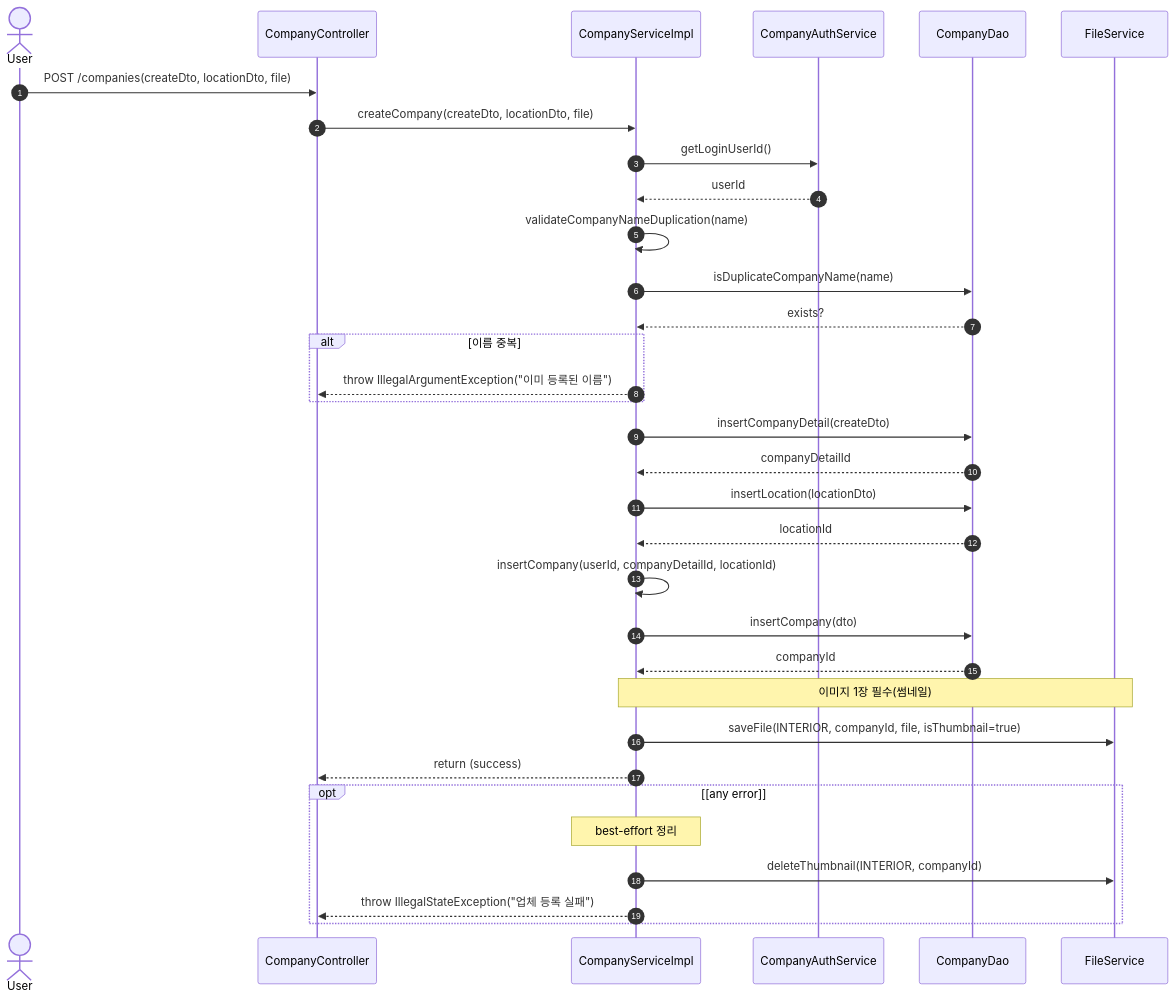
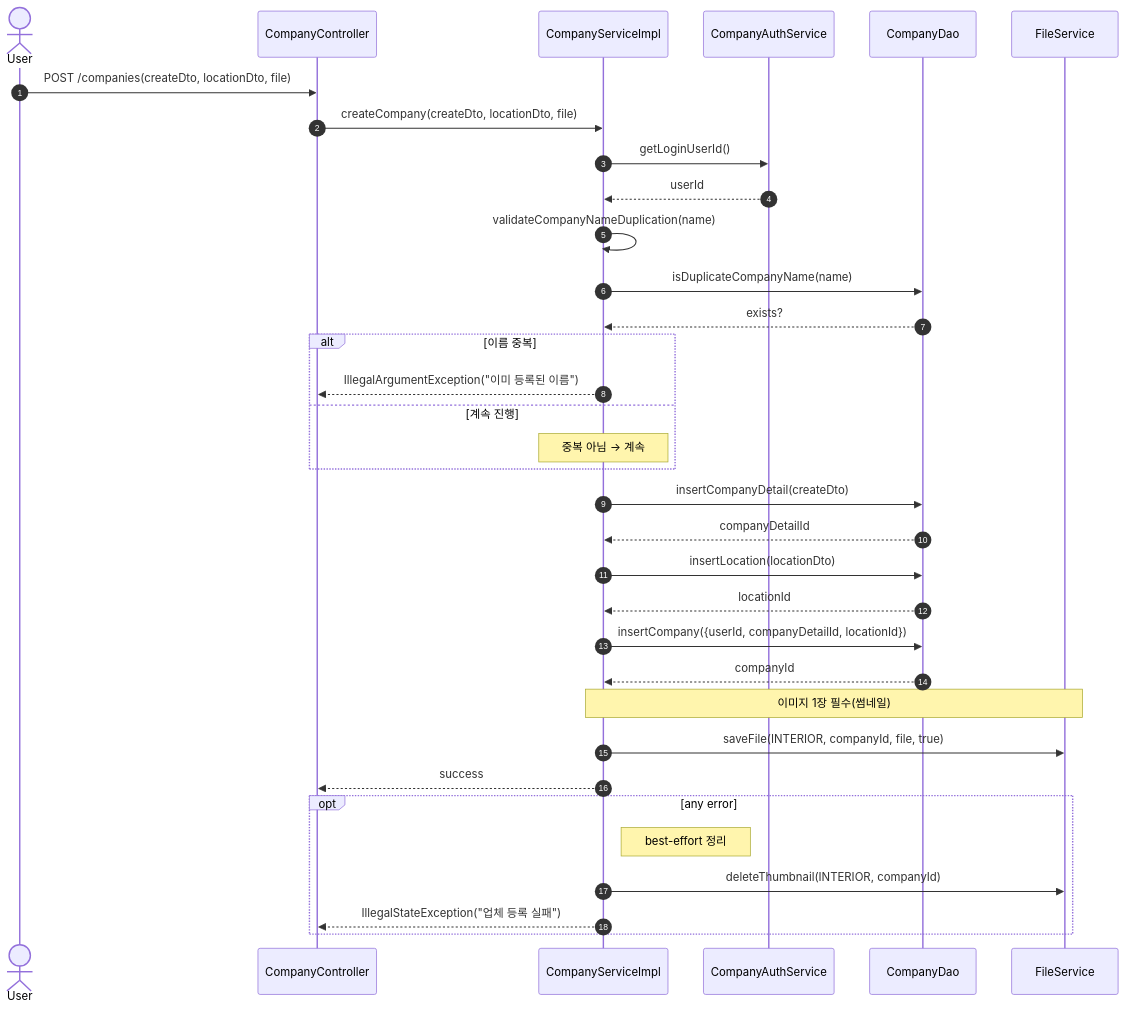
One commit to Shrimptempura/goottama changed the third of 4 diagrams in README.md. Above: the diagram before and after it, drawn with Mermaid. The commit also changed other lines of this file, not shown here.

````diff
--- a/README.md
+++ b/README.md
@@ -160,44 +169,43 @@
 ```mermaid
 sequenceDiagram
 autonumber
 actor User
 participant Ctrl as CompanyController
 participant S as CompanyServiceImpl
 participant Auth as CompanyAuthService
 participant DAO as CompanyDao
 participant FS as FileService
 
 User->>Ctrl: POST /companies(createDto, locationDto, file)
 Ctrl->>S: createCompany(createDto, locationDto, file)
 
 S->>Auth: getLoginUserId()
 Auth-->>S: userId
 
 S->>S: validateCompanyNameDuplication(name)
 S->>DAO: isDuplicateCompanyName(name)
 DAO-->>S: exists?
 alt 이름 중복
-  S-->>Ctrl: throw IllegalArgumentException("이미 등록된 이름")
+  S-->>Ctrl: IllegalArgumentException("이미 등록된 이름")
+else 계속 진행
+  Note over S: 중복 아님 → 계속
 end
 
 S->>DAO: insertCompanyDetail(createDto)
 DAO-->>S: companyDetailId
 S->>DAO: insertLocation(locationDto)
 DAO-->>S: locationId
-
-S->>S: insertCompany(userId, companyDetailId, locationId)
-S->>DAO: insertCompany(dto)
+S->>DAO: insertCompany({userId, companyDetailId, locationId})
 DAO-->>S: companyId
 
 note over S,FS: 이미지 1장 필수(썸네일)
-S->>FS: saveFile(INTERIOR, companyId, file, isThumbnail=true)
+S->>FS: saveFile(INTERIOR, companyId, file, true)
 
-S-->>Ctrl: return (success)
+S-->>Ctrl: success
 
-opt [any error]
-  note over S: best-effort 정리
+opt any error
+  note right of S: best-effort 정리
   S->>FS: deleteThumbnail(INTERIOR, companyId)
-  S-->>Ctrl: throw IllegalStateException("업체 등록 실패")
+  S-->>Ctrl: IllegalStateException("업체 등록 실패")
 end
-
 ```
````
